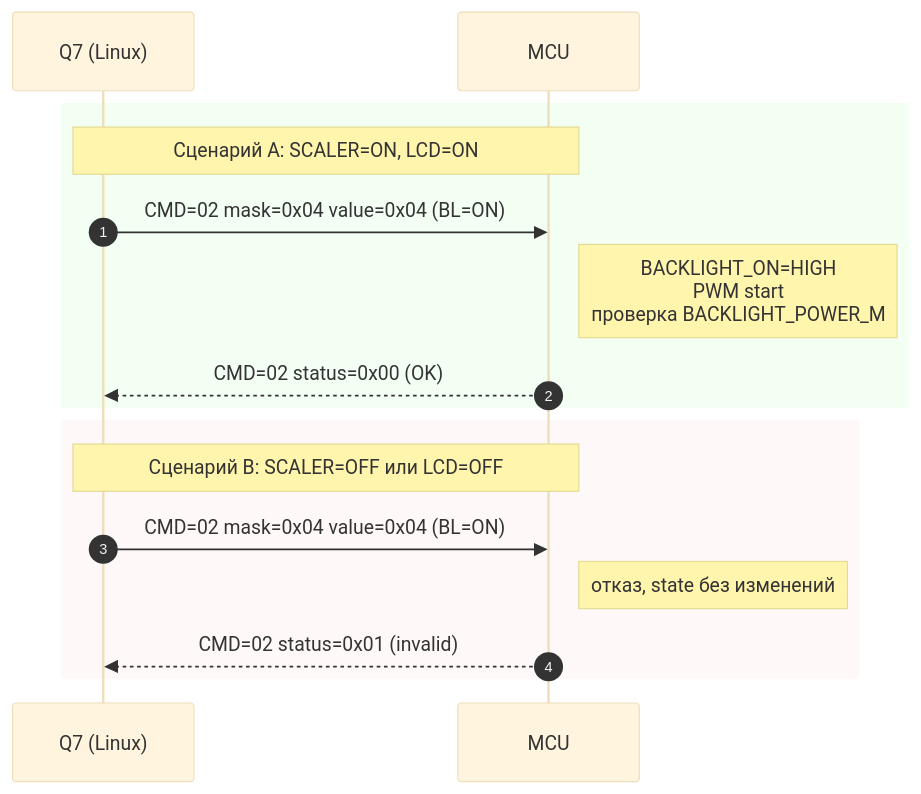
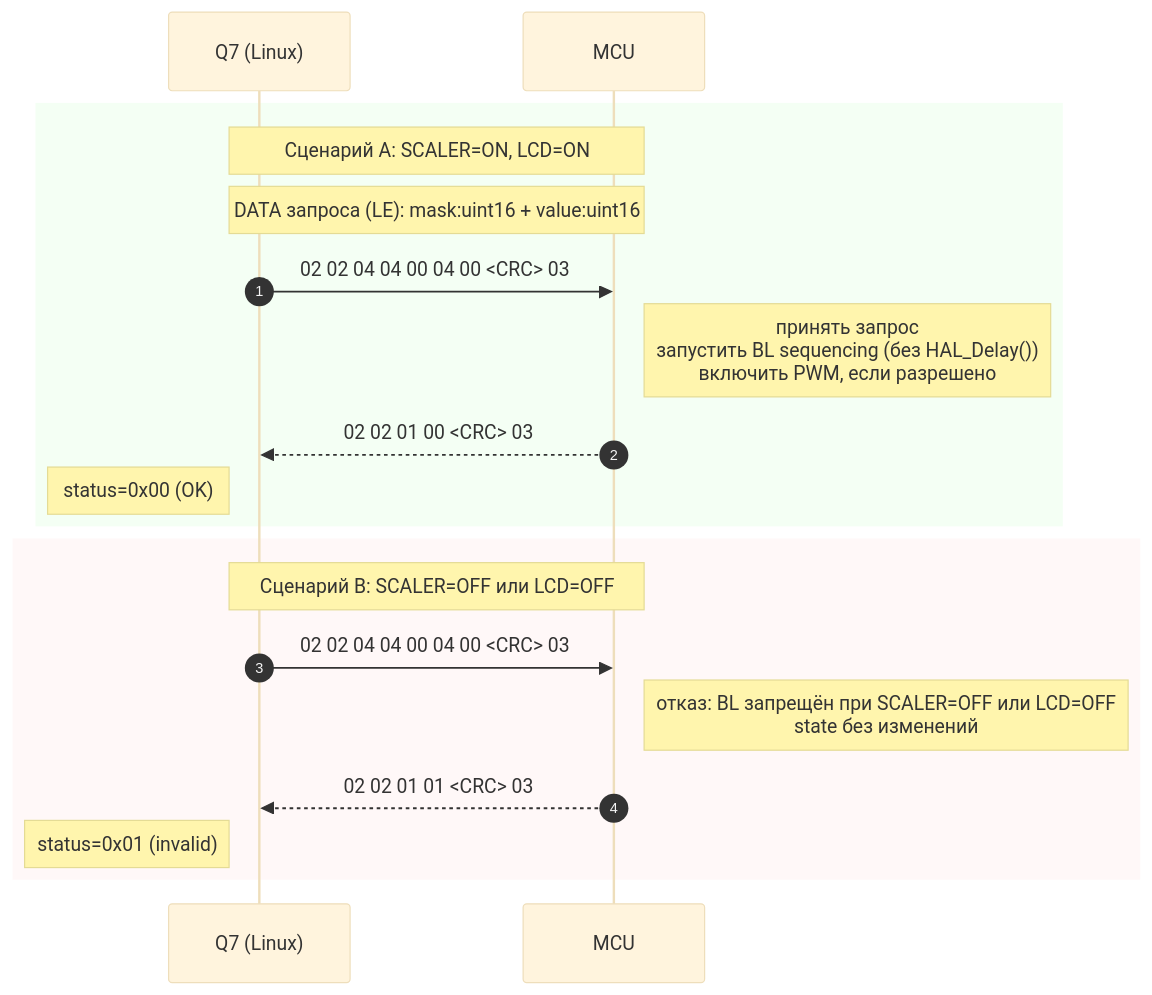
The third of 6 diagrams in README.md (n-korel/power_controller), drawn with Mermaid (base theme) before and after one commit. The commit also changed other lines of this file and 1 other file, not shown here.

````diff
--- a/README.md
+++ b/README.md
@@ -1622,20 +1632,23 @@
 ```mermaid
 sequenceDiagram
     autonumber
     participant Q7 as Q7 (Linux)
     participant MCU as MCU
 
     rect rgba(200,255,200,0.2)
     Note over Q7,MCU: Сценарий A: SCALER=ON, LCD=ON
-    Q7->>MCU: CMD=02 mask=0x04 value=0x04 (BL=ON)
-    Note right of MCU: BACKLIGHT_ON=HIGH<br/>PWM start<br/>проверка BACKLIGHT_POWER_M
-    MCU-->>Q7: CMD=02 status=0x00 (OK)
+    Note over Q7,MCU: DATA запроса (LE): mask:uint16 + value:uint16
+    Q7->>MCU: 02 02 04 04 00 04 00 <CRC> 03
+    Note right of MCU: принять запрос<br/>запустить BL sequencing (без HAL_Delay())<br/>включить PWM, если разрешено
+    MCU-->>Q7: 02 02 01 00 <CRC> 03
+    Note left of Q7: status=0x00 (OK)
     end
 
     rect rgba(255,220,220,0.2)
     Note over Q7,MCU: Сценарий B: SCALER=OFF или LCD=OFF
-    Q7->>MCU: CMD=02 mask=0x04 value=0x04 (BL=ON)
-    Note right of MCU: отказ, state без изменений
-    MCU-->>Q7: CMD=02 status=0x01 (invalid)
+    Q7->>MCU: 02 02 04 04 00 04 00 <CRC> 03
+    Note right of MCU: отказ: BL запрещён при SCALER=OFF или LCD=OFF<br/>state без изменений
+    MCU-->>Q7: 02 02 01 01 <CRC> 03
+    Note left of Q7: status=0x01 (invalid)
     end
 ```
````
